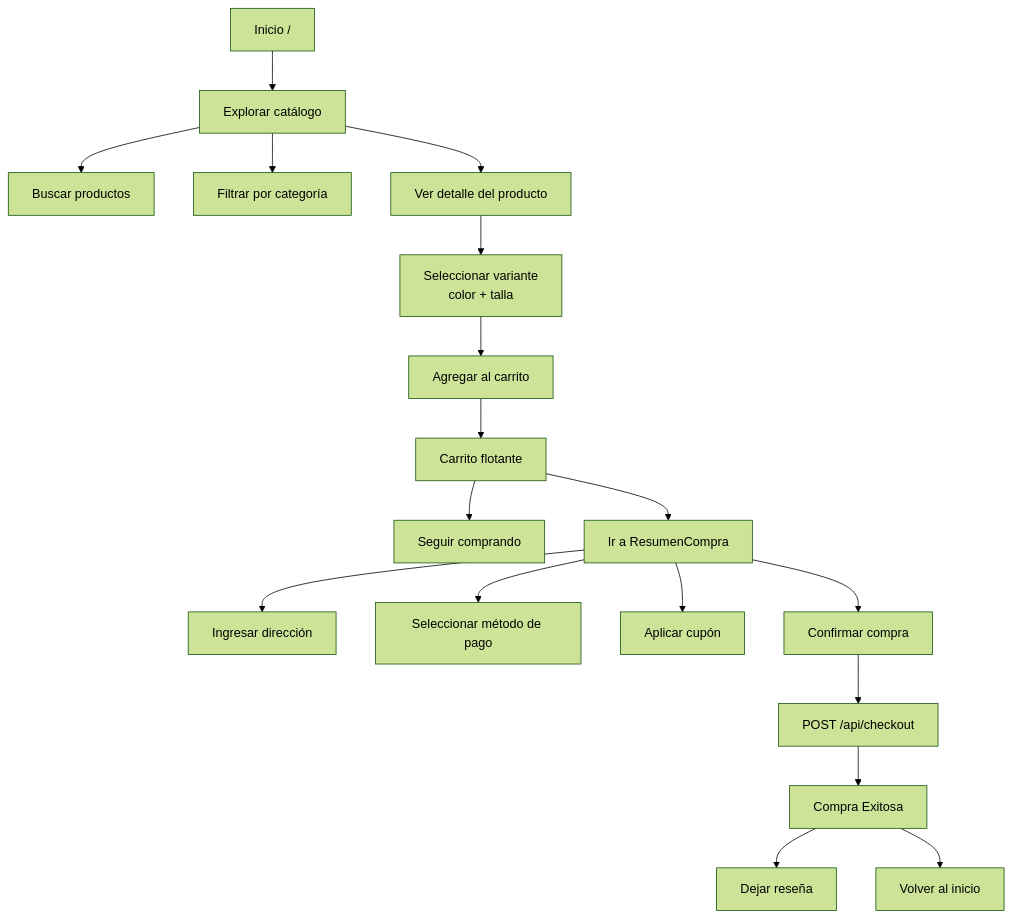
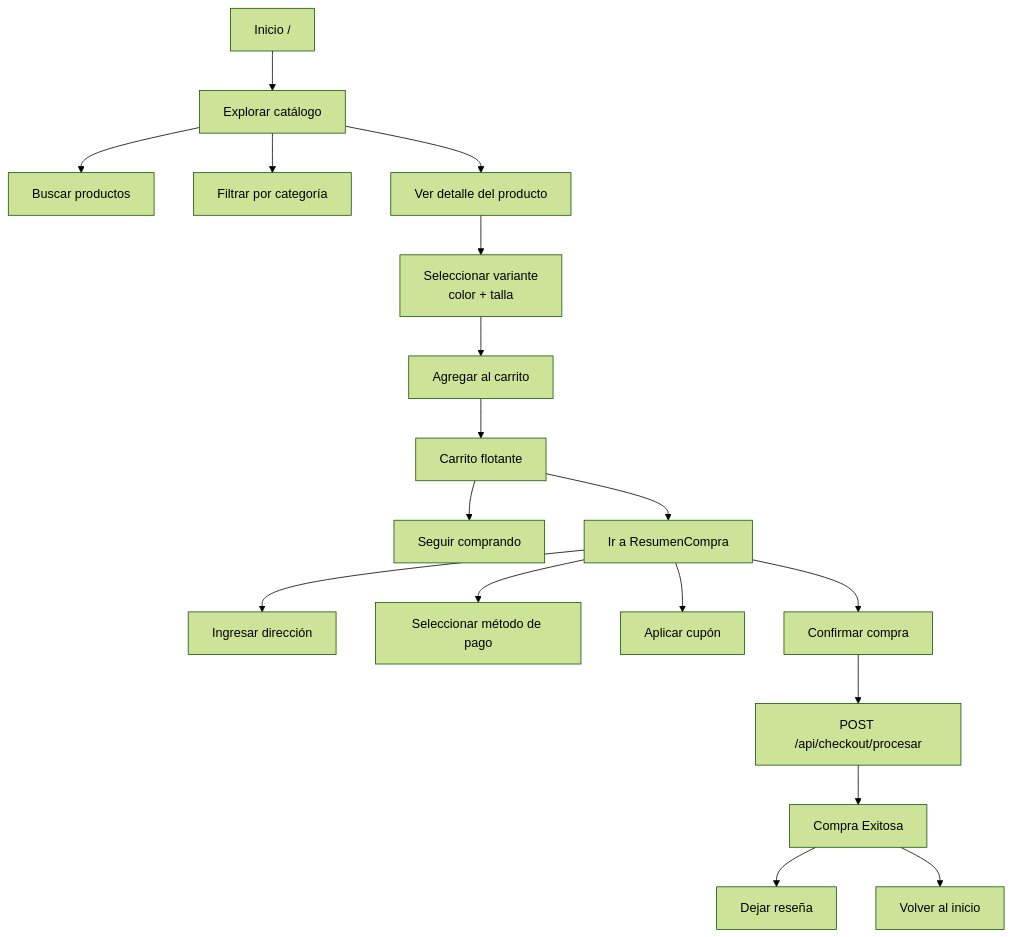
The second of 4 diagrams in docs/diagrams/flujos.md (yeisonfernandez2022-crypto/Jadda_Sports_React), drawn with Mermaid (forest theme) before and after one commit. The commit also changed other lines of this file and 13 other files, not shown here.

Commit message:
docs(rf-rnf-calidad): flujo de subidas en Cloudinary (RF-045/046/047, RNF-002/004/013), CSRF real en evaluaciones, postscript de la revision 10-20, ERD con columnas de 2026

````diff
--- a/docs/diagrams/flujos.md
+++ b/docs/diagrams/flujos.md
@@ -28,20 +28,20 @@
 ```mermaid
 flowchart TD
     A[Inicio /] --> B[Explorar catálogo]
     B --> C[Buscar productos]
     B --> D[Filtrar por categoría]
     B --> E[Ver detalle del producto]
     E --> F[Seleccionar variante<br/>color + talla]
     F --> G[Agregar al carrito]
     G --> H[Carrito flotante]
     H --> I[Seguir comprando]
     H --> J[Ir a ResumenCompra]
     J --> K[Ingresar dirección]
     J --> L[Seleccionar método de pago]
     J --> M[Aplicar cupón]
     J --> N[Confirmar compra]
-    N --> O[POST /api/checkout]
+    N --> O[POST /api/checkout/procesar]
     O --> P[Compra Exitosa]
     P --> Q[Dejar reseña]
     P --> R[Volver al inicio]
 ```
````
